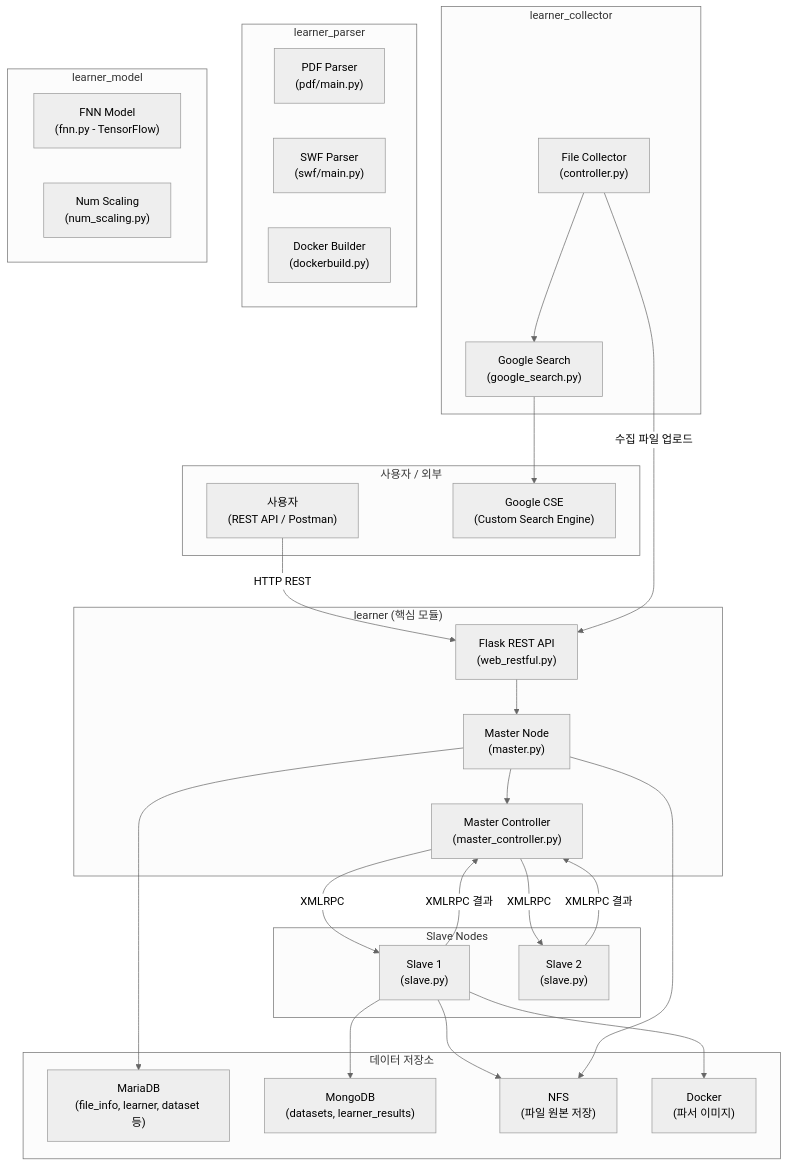
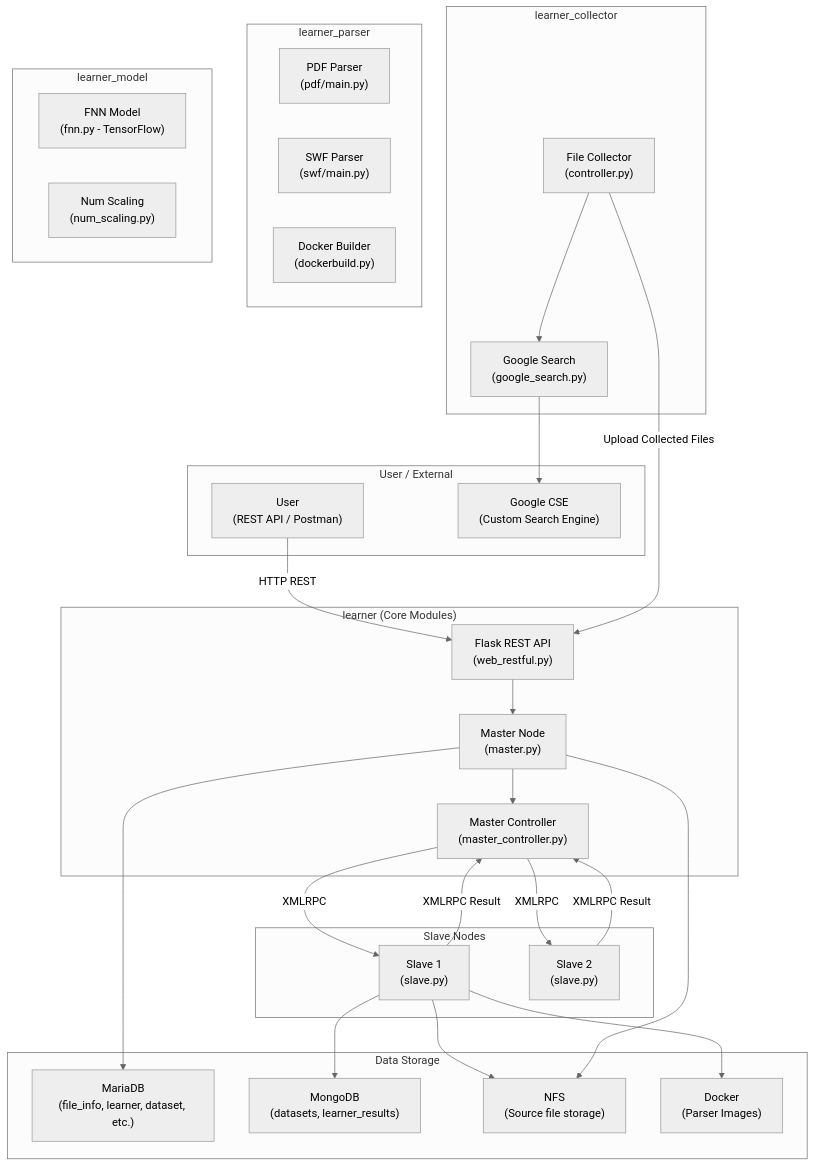
The first of 2 diagrams in README.md (marcushyungseok/Triangle-AI), drawn with Mermaid (neutral theme) before and after one commit. The commit also changed other lines of this file and 3 other files, not shown here.

````diff
--- a/README.md
+++ b/README.md
@@ -27,60 +27,60 @@
 ```mermaid
 graph TB
-    subgraph "사용자 / 외부"
-        USER["사용자<br/>(REST API / Postman)"]
+    subgraph "User / External"
+        USER["User<br/>(REST API / Postman)"]
         GOOGLE["Google CSE<br/>(Custom Search Engine)"]
     end
 
-    subgraph "learner (핵심 모듈)"
+    subgraph "learner (Core Modules)"
         MASTER["Master Node<br/>(master.py)"]
         WEB["Flask REST API<br/>(web_restful.py)"]
         CTRL["Master Controller<br/>(master_controller.py)"]
     end
 
     subgraph "learner_collector"
         COLLECTOR["File Collector<br/>(controller.py)"]
         GSE["Google Search<br/>(google_search.py)"]
     end
 
     subgraph "learner_parser"
         PDF_PARSER["PDF Parser<br/>(pdf/main.py)"]
         SWF_PARSER["SWF Parser<br/>(swf/main.py)"]
         DOCKER_BUILD["Docker Builder<br/>(dockerbuild.py)"]
     end
 
     subgraph "learner_model"
         FNN["FNN Model<br/>(fnn.py - TensorFlow)"]
         SCALING["Num Scaling<br/>(num_scaling.py)"]
     end
 
     subgraph "Slave Nodes"
         SLAVE1["Slave 1<br/>(slave.py)"]
         SLAVE2["Slave 2<br/>(slave.py)"]
     end
 
-    subgraph "데이터 저장소"
-        RDB["MariaDB<br/>(file_info, learner, dataset 등)"]
+    subgraph "Data Storage"
+        RDB["MariaDB<br/>(file_info, learner, dataset, etc.)"]
         NOSQL["MongoDB<br/>(datasets, learner_results)"]
-        NFS["NFS<br/>(파일 원본 저장)"]
-        DOCKER_REG["Docker<br/>(파서 이미지)"]
+        NFS["NFS<br/>(Source file storage)"]
+        DOCKER_REG["Docker<br/>(Parser Images)"]
     end
 
     USER -->|HTTP REST| WEB
     WEB --> MASTER
     MASTER --> CTRL
     CTRL -->|XMLRPC| SLAVE1
     CTRL -->|XMLRPC| SLAVE2
-    SLAVE1 -->|XMLRPC 결과| CTRL
-    SLAVE2 -->|XMLRPC 결과| CTRL
+    SLAVE1 -->|XMLRPC Result| CTRL
+    SLAVE2 -->|XMLRPC Result| CTRL
 
     COLLECTOR --> GSE
     GSE --> GOOGLE
-    COLLECTOR -->|수집 파일 업로드| WEB
+    COLLECTOR -->|Upload Collected Files| WEB
 
     SLAVE1 --> DOCKER_REG
     SLAVE1 --> NOSQL
     SLAVE1 --> NFS
 
     MASTER --> RDB
     MASTER --> NFS
 ```
````
